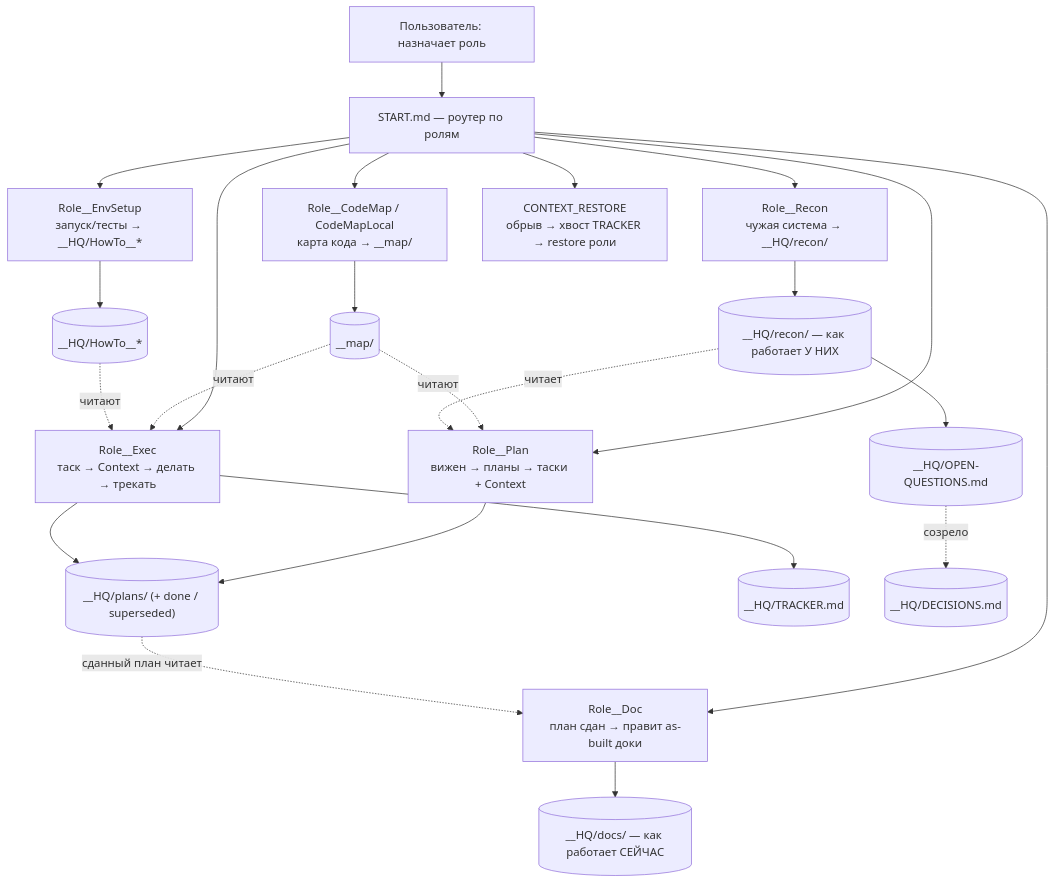
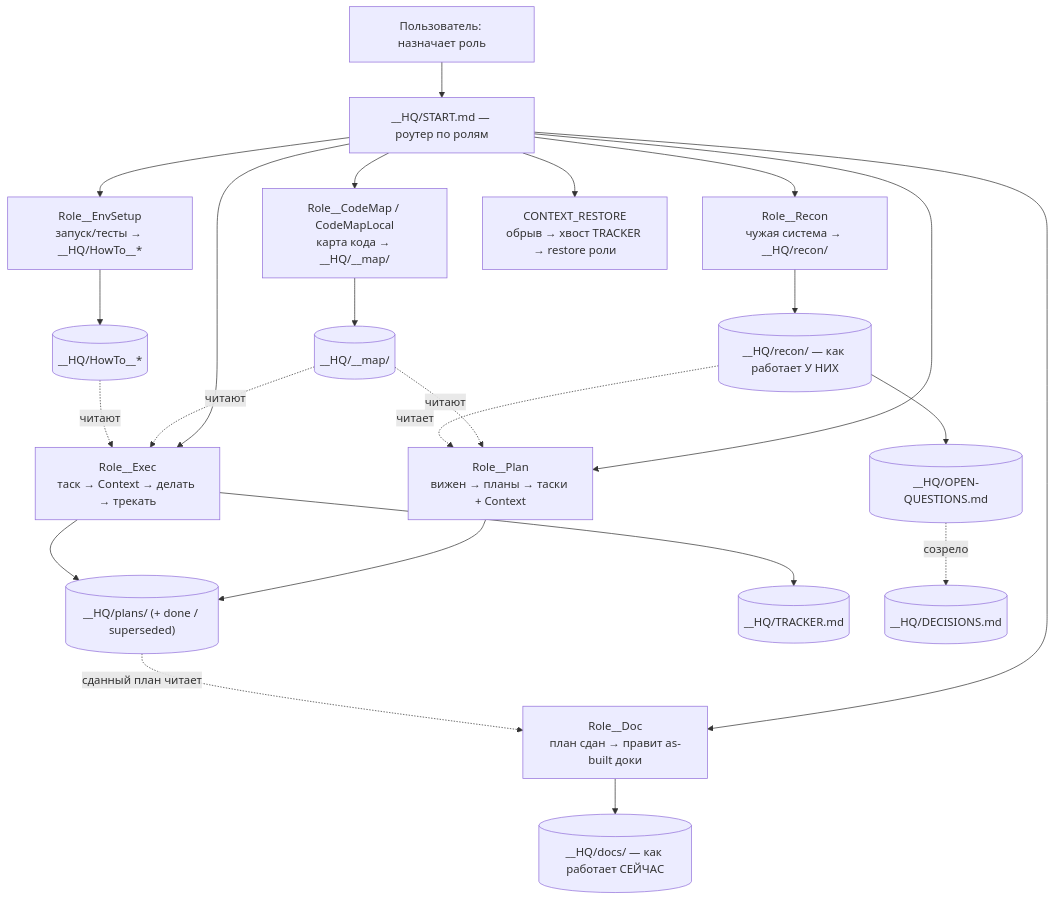
Before and after one commit to seneelya/Project-Context-Box: the diagram in __HQ/WORKFLOW.md, drawn with Mermaid. The commit also changed other lines of this file and 23 other files, not shown here.

````diff
--- a/__HQ/WORKFLOW.md
+++ b/__HQ/WORKFLOW.md
@@ -23,26 +23,26 @@
 ```mermaid
 flowchart TD
-  U["Пользователь: назначает роль"] --> S["START.md — роутер по ролям"]
-  S --> RMAP["Role__CodeMap / CodeMapLocal<br/>карта кода → __map/"]
+  U["Пользователь: назначает роль"] --> S["__HQ/START.md — роутер по ролям"]
+  S --> RMAP["Role__CodeMap / CodeMapLocal<br/>карта кода → __HQ/__map/"]
   S --> RENV["Role__EnvSetup<br/>запуск/тесты → __HQ/HowTo__*"]
   S --> RPLAN["Role__Plan<br/>вижен → планы → таски + Context"]
   S --> REXEC["Role__Exec<br/>таск → Context → делать → трекать"]
   S --> RDOC["Role__Doc<br/>план сдан → правит as-built доки"]
   S --> RRECON["Role__Recon<br/>чужая система → __HQ/recon/"]
   S --> RREST["CONTEXT_RESTORE<br/>обрыв → хвост TRACKER → restore роли"]
 
-  RMAP --> CARDS[("__map/")]
+  RMAP --> CARDS[("__HQ/__map/")]
   RENV --> HOWTO[("__HQ/HowTo__*")]
   RPLAN --> PLANS[("__HQ/plans/ (+ done / superseded)")]
   REXEC --> PLANS
   REXEC --> TR[("__HQ/TRACKER.md")]
   RDOC --> DOCS[("__HQ/docs/ — как работает СЕЙЧАС")]
   RRECON --> RECON[("__HQ/recon/ — как работает У НИХ")]
   RECON --> OQ[("__HQ/OPEN-QUESTIONS.md")]
   OQ -.->|созрело| DEC[("__HQ/DECISIONS.md")]
   CARDS -.->|читают| RPLAN
   CARDS -.->|читают| REXEC
   PLANS -.->|сданный план читает| RDOC
   HOWTO -.->|читают| REXEC
   RECON -.->|читает| RPLAN
 ```
````
